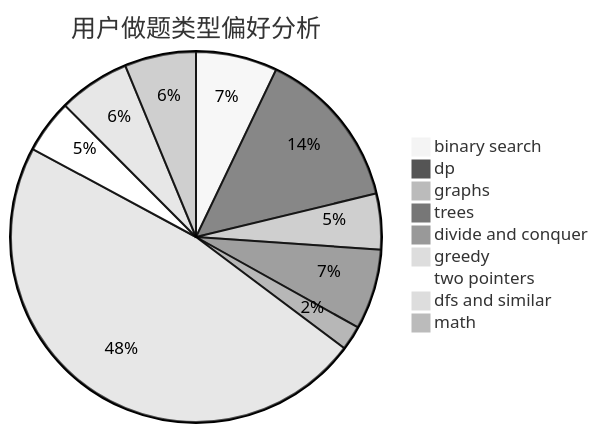
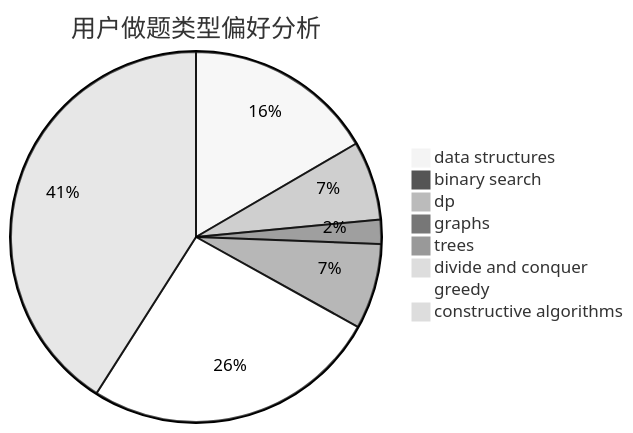
One commit to sherpahu/cfrs.github.io changed the second of 3 diagrams in docs/user/u822.md. Above: the diagram before and after it, drawn with Mermaid (neutral theme). The commit also changed other lines of this file and 2775 other files, not shown here.

````diff
--- a/docs/user/u822.md
+++ b/docs/user/u822.md
@@ -23,12 +23,11 @@
 ```mermaid
 pie title 用户做题类型偏好分析
-    "binary search" :  73
-    "dp" :  145
-    "graphs" :  50
-    "trees" :  72
-    "divide and conquer" :  22
-    "greedy" :  489
-    "two pointers" :  48
-    "dfs and similar" :  64
-    "math" :  64
+    "data structures" :  149
+    "binary search" :  8
+    "dp" :  62
+    "graphs" :  19
+    "trees" :  67
+    "divide and conquer" :  0
+    "greedy" :  233
+    "constructive algorithms" :  368
 ```
````
